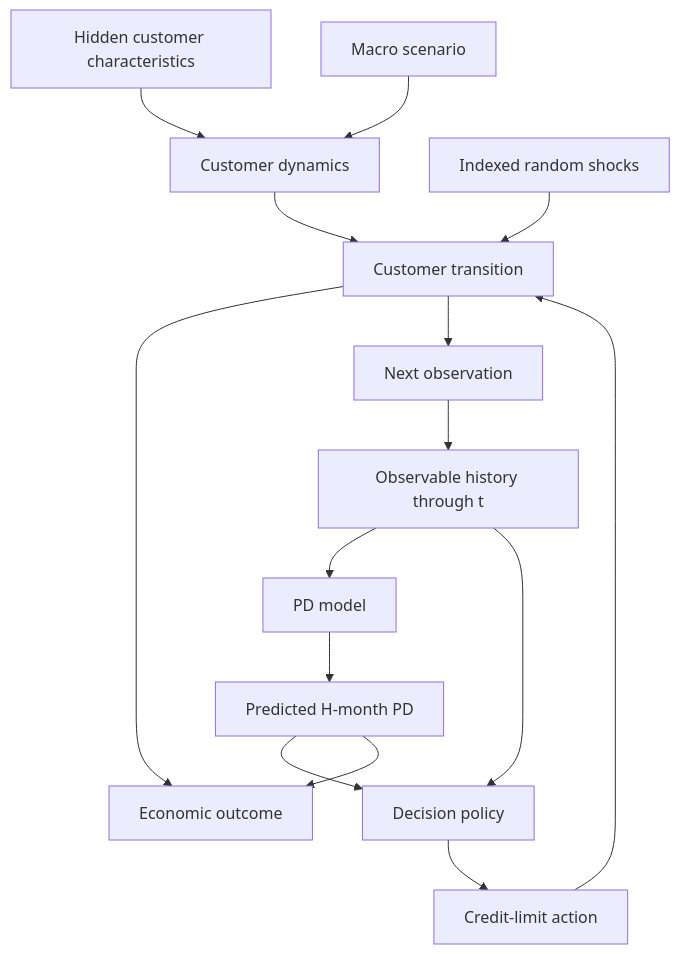
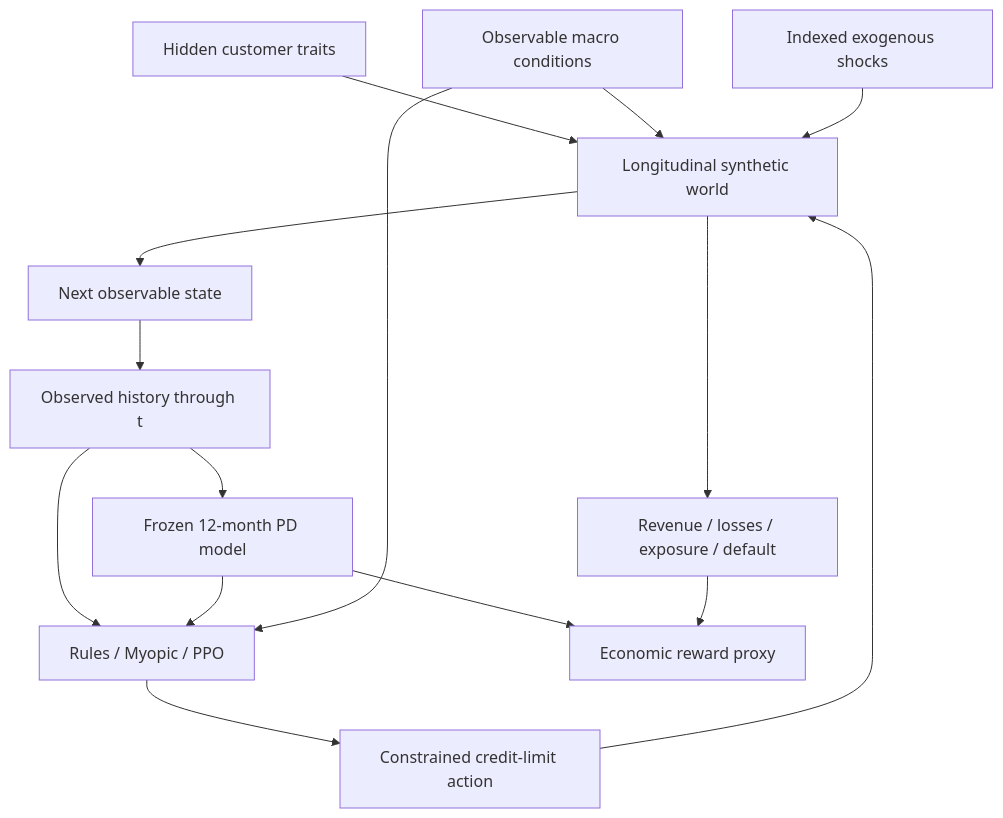
One commit to Drivax/Dynamic-Credit-Limit-Optimization-with-RL- changed the diagram in README.md. Above: the diagram before and after it, drawn with Mermaid. The commit also changed other lines of this file and 96 other files, not shown here.

````diff
--- a/README.md
+++ b/README.md
@@ -21,17 +13,17 @@
 ```mermaid
 flowchart TD
-    Hidden[Hidden customer characteristics] --> Dynamics[Customer dynamics]
-    Macro[Macro scenario] --> Dynamics
-    History[Observable history through t] --> PD[PD model]
-    PD --> Forecast[Predicted H-month PD]
-    Forecast --> Policy[Decision policy]
-    History --> Policy
-    Policy --> Action[Credit-limit action]
-    Action --> Transition[Customer transition]
-    Dynamics --> Transition
-    Shocks[Indexed random shocks] --> Transition
-    Transition --> Outcome[Economic outcome]
-    Transition --> Next[Next observation]
-    Forecast --> Outcome
+    Hidden[Hidden customer traits] --> World[Longitudinal synthetic world]
+    Macro[Observable macro conditions] --> World
+    Shocks[Indexed exogenous shocks] --> World
+    History[Observed history through t] --> Risk[Frozen 12-month PD model]
+    History --> Policy[Rules / Myopic / PPO]
+    Risk --> Policy
+    Macro --> Policy
+    Policy --> Action[Constrained credit-limit action]
+    Action --> World
+    World --> Next[Next observable state]
     Next --> History
+    World --> Outcomes[Revenue / losses / exposure / default]
+    Risk --> Reward[Economic reward proxy]
+    Outcomes --> Reward
 ```
````
